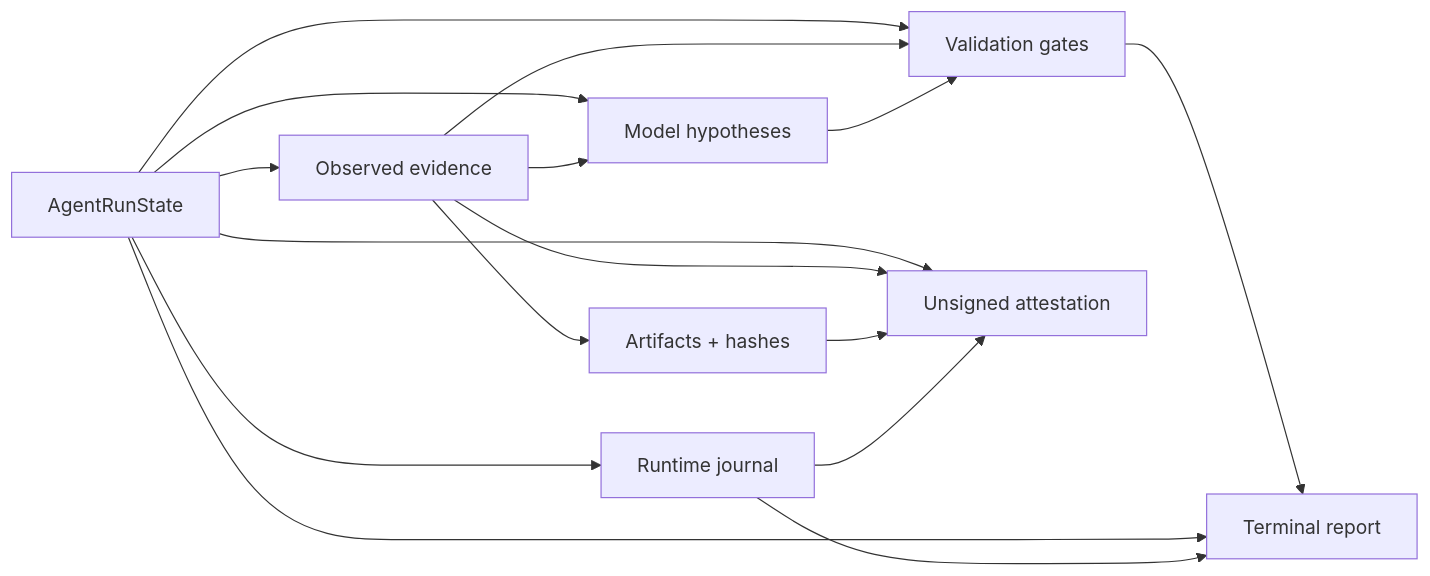
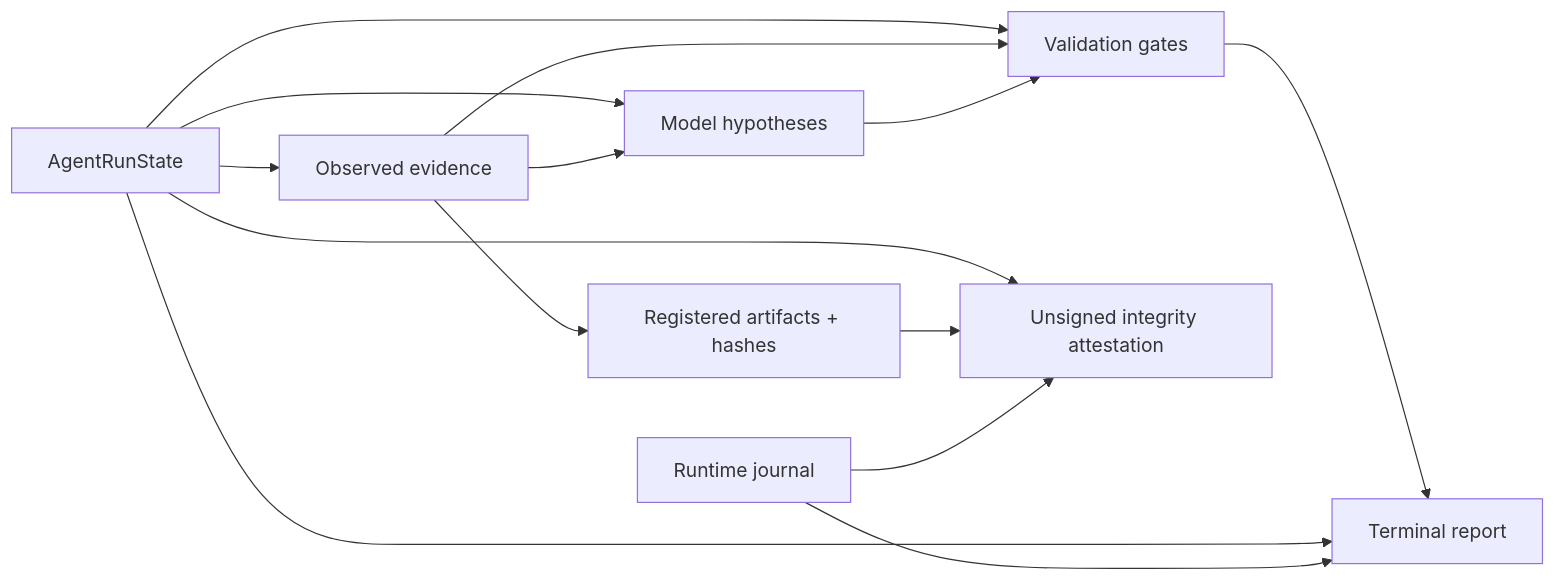
One commit to portyu9/ai-qa-automation changed the diagram in docs/TRACEABILITY.md. Above: the diagram before and after it, drawn with Mermaid. The commit also changed other lines of this file, not shown here.

Commit message:
Polish traceability and attestation documentation

````diff
--- a/docs/TRACEABILITY.md
+++ b/docs/TRACEABILITY.md
@@ -16,28 +16,25 @@
 ```mermaid
 flowchart LR
     R[AgentRunState]
     E[Observed evidence]
-    A[Artifacts + hashes]
+    A[Registered artifacts + hashes]
     H[Model hypotheses]
     V[Validation gates]
     J[Runtime journal]
     T[Terminal report]
-    I[Unsigned attestation]
+    I[Unsigned integrity attestation]
 
     R --> E
     R --> H
     R --> V
-    R --> J
     E --> A
     E --> H
     E --> V
     H --> V
     V --> T
     R --> T
     J --> T
-
     R --> I
-    E --> I
     A --> I
     J --> I
 ```
````
